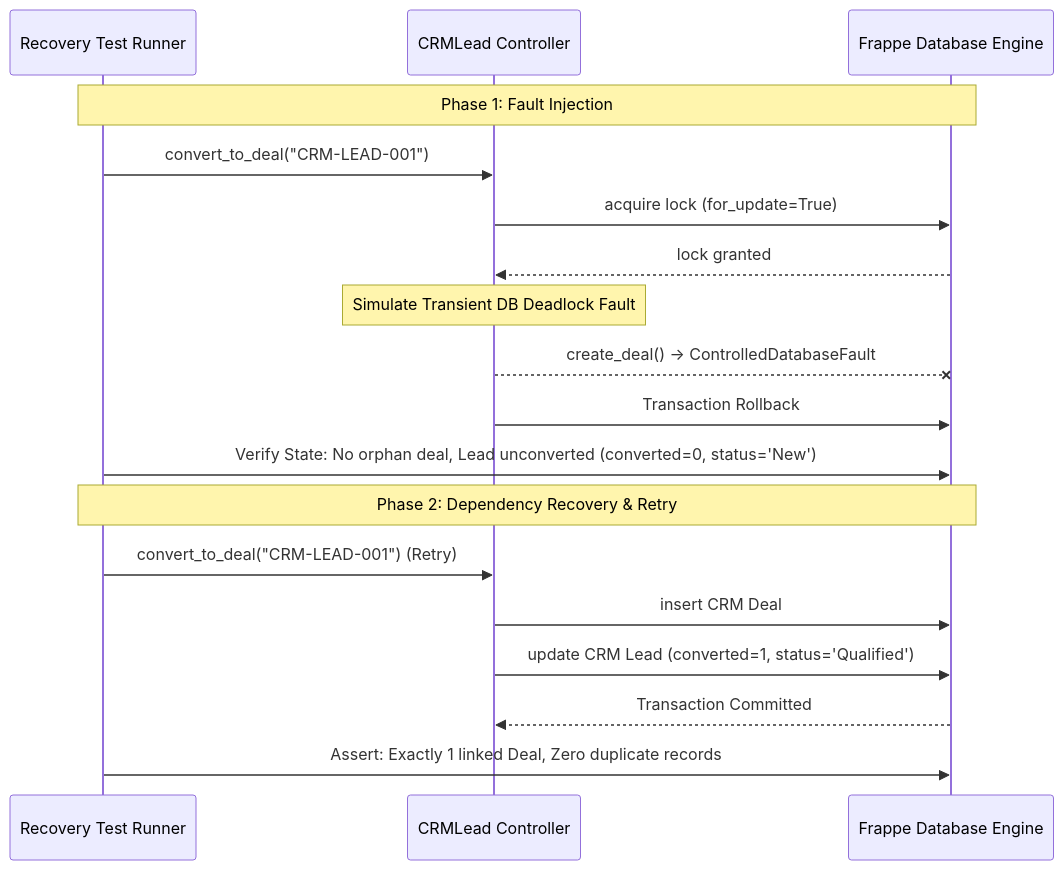
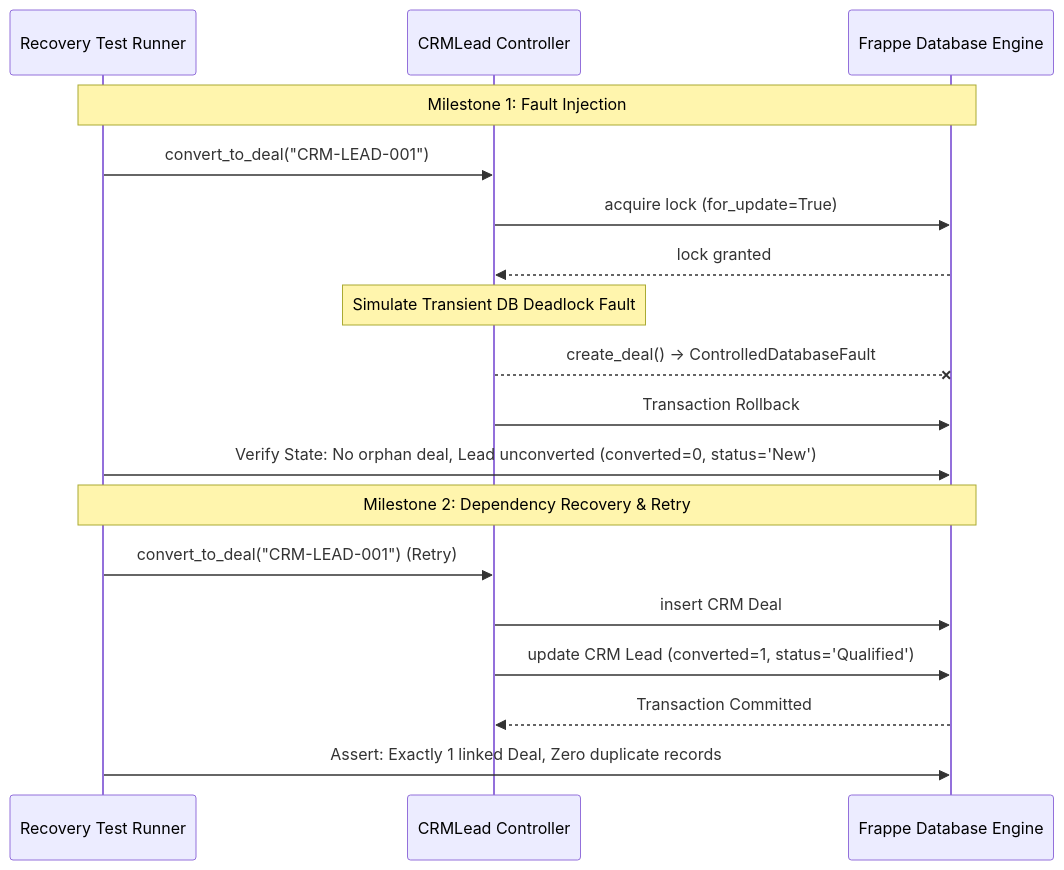
The second of 2 diagrams in docs/PERFORMANCE_REPORT.md (i243137-oss/frappe-crm-sqe), drawn with Mermaid before and after one commit. The commit also changed 19 other files, not shown here.

````diff
--- a/docs/PERFORMANCE_REPORT.md
+++ b/docs/PERFORMANCE_REPORT.md
@@ -91,22 +91,22 @@
 ```mermaid
 sequenceDiagram
     participant TestRunner as Recovery Test Runner
     participant LeadService as CRMLead Controller
     participant DB as Frappe Database Engine
     
-    Note over TestRunner,DB: Phase 1: Fault Injection
+    Note over TestRunner,DB: Milestone 1: Fault Injection
     TestRunner->>LeadService: convert_to_deal("CRM-LEAD-001")
     LeadService->>DB: acquire lock (for_update=True)
     DB-->>LeadService: lock granted
     Note over LeadService: Simulate Transient DB Deadlock Fault
     LeadService--xDB: create_deal() -> ControlledDatabaseFault
     LeadService->>DB: Transaction Rollback
     TestRunner->>DB: Verify State: No orphan deal, Lead unconverted (converted=0, status='New')
     
-    Note over TestRunner,DB: Phase 2: Dependency Recovery & Retry
+    Note over TestRunner,DB: Milestone 2: Dependency Recovery & Retry
     TestRunner->>LeadService: convert_to_deal("CRM-LEAD-001") (Retry)
     LeadService->>DB: insert CRM Deal
     LeadService->>DB: update CRM Lead (converted=1, status='Qualified')
     DB-->>LeadService: Transaction Committed
     TestRunner->>DB: Assert: Exactly 1 linked Deal, Zero duplicate records
 ```
````
